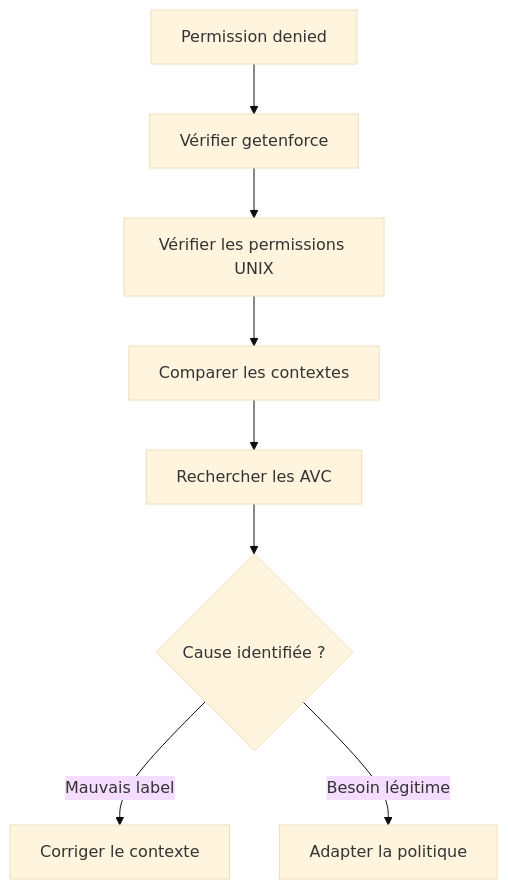
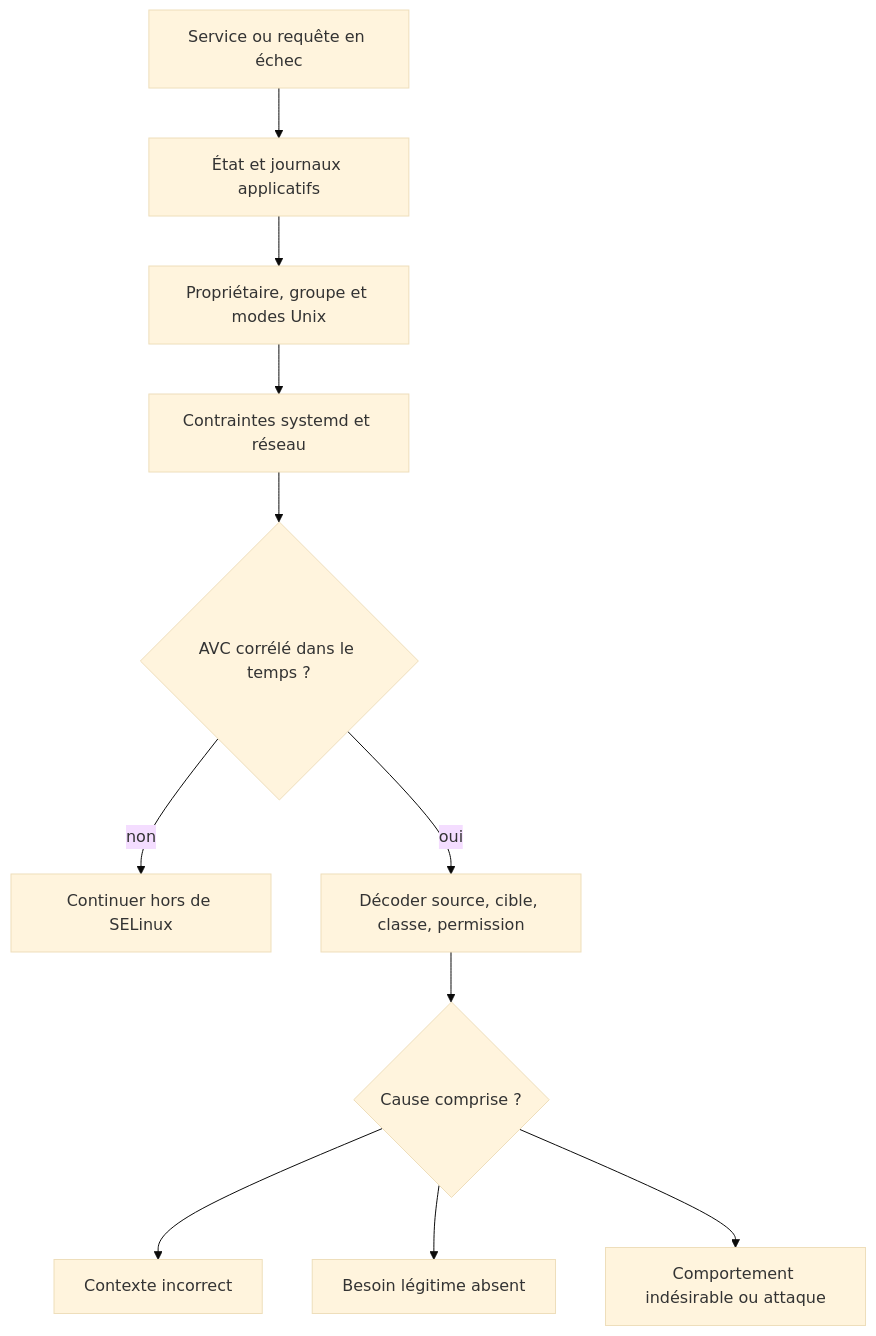
The diagram in sentinel/docs/campagne_06/6.4-diagnostic-refus-selinux.md (tdelaclos/formations), drawn with Mermaid (base theme) before and after one commit. The commit also changed other lines of this file and 5 other files, not shown here.

````diff
--- a/sentinel/docs/campagne_06/6.4-diagnostic-refus-selinux.md
+++ b/sentinel/docs/campagne_06/6.4-diagnostic-refus-selinux.md
@@ -829,10 +42,13 @@
 ```mermaid
 flowchart TD
-    Error["Permission denied"] --> Mode["Vérifier getenforce"]
-    Mode --> DAC["Vérifier les permissions UNIX"]
-    DAC --> Context["Comparer les contextes"]
-    Context --> AVC["Rechercher les AVC"]
-    AVC --> Cause{"Cause identifiée ?"}
-    Cause -->|Mauvais label| Relabel["Corriger le contexte"]
-    Cause -->|Besoin légitime| Policy["Adapter la politique"]
+    Symptom["Service ou requête en échec"] --> App["État et journaux applicatifs"]
+    App --> DAC["Propriétaire, groupe et modes Unix"]
+    DAC --> Service["Contraintes systemd et réseau"]
+    Service --> AVC{"AVC corrélé dans le temps ?"}
+    AVC -->|non| Other["Continuer hors de SELinux"]
+    AVC -->|oui| Decode["Décoder source, cible, classe, permission"]
+    Decode --> Cause{"Cause comprise ?"}
+    Cause --> Label["Contexte incorrect"]
+    Cause --> Policy["Besoin légitime absent"]
+    Cause --> Unexpected["Comportement indésirable ou attaque"]
 ```
````
